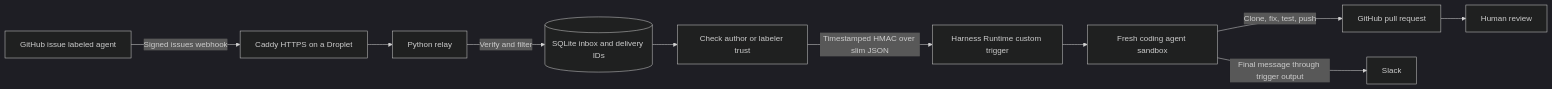
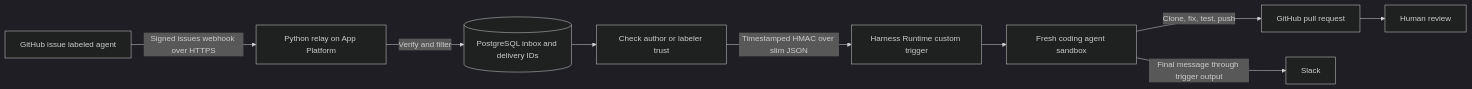
The diagram in README.md (oconnoob/issue-to-pr), drawn with Mermaid (dark theme) before and after one commit. The commit also changed other lines of this file and 18 other files, not shown here.

Commit message:
Deploy the optional relay on App Platform

````diff
--- a/README.md
+++ b/README.md
@@ -46,12 +47,11 @@
 ```mermaid
 flowchart LR
-    G[GitHub issue labeled agent] -->|Signed issues webhook| C[Caddy HTTPS on a Droplet]
-    C --> R[Python relay]
-    R -->|Verify and filter| Q[(SQLite inbox and delivery IDs)]
+    G[GitHub issue labeled agent] -->|Signed issues webhook over HTTPS| R[Python relay on App Platform]
+    R -->|Verify and filter| Q[(PostgreSQL inbox and delivery IDs)]
     Q --> W[Check author or labeler trust]
     W -->|Timestamped HMAC over slim JSON| T[Harness Runtime custom trigger]
     T --> A[Fresh coding agent sandbox]
     A -->|Clone, fix, test, push| P[GitHub pull request]
     A -->|Final message through trigger output| S[Slack]
     P --> H[Human review]
 ```
````
